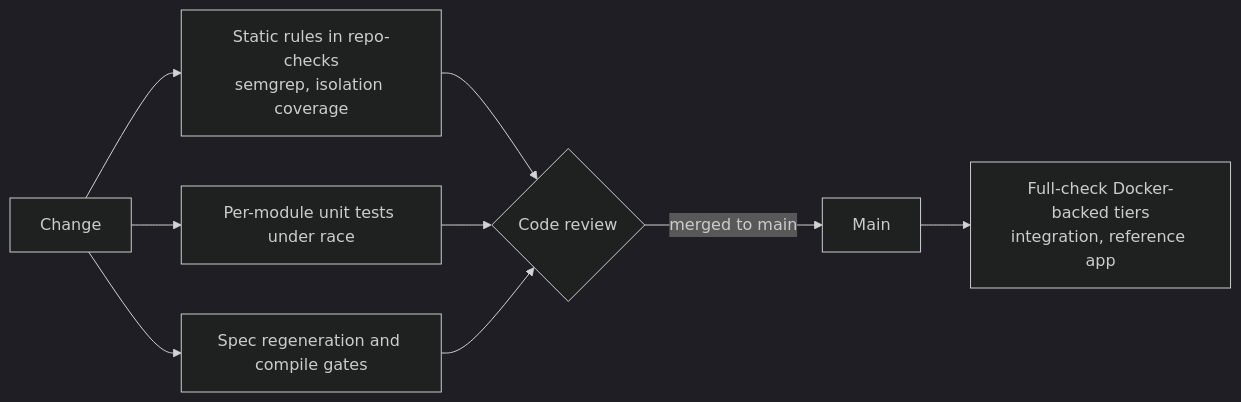
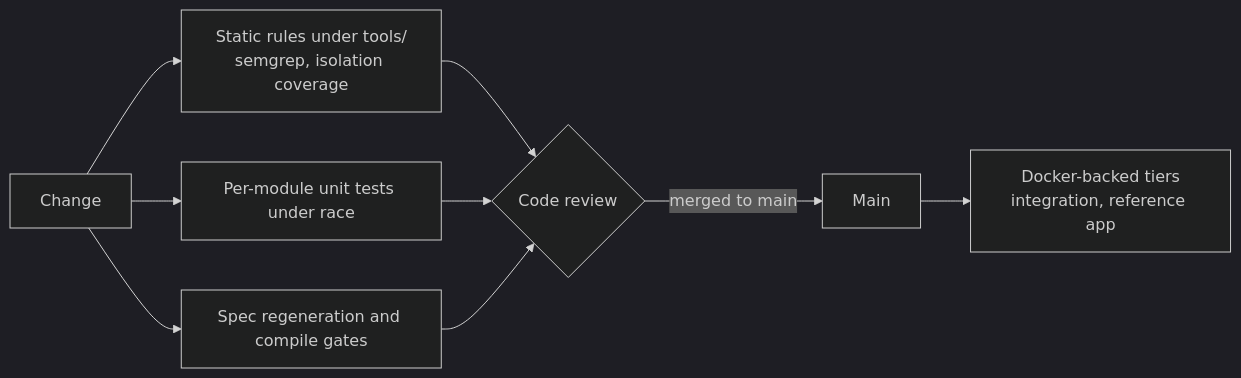
One commit to vislake/speed changed the diagram in docs/site/content.en/docs/developer-docs/design-principles.md. Above: the diagram before and after it, drawn with Mermaid (dark theme). The commit also changed other lines of this file and 23 other files, not shown here.

````diff
--- a/docs/site/content.en/docs/developer-docs/design-principles.md
+++ b/docs/site/content.en/docs/developer-docs/design-principles.md
@@ -18,11 +18,11 @@
 ```mermaid
 flowchart LR
-    C[Change] --> S[Static rules in repo-checks<br/>semgrep, isolation coverage]
+    C[Change] --> S[Static rules under tools/<br/>semgrep, isolation coverage]
     C --> U[Per-module unit tests under race]
     C --> A[Spec regeneration and compile gates]
     S --> R{Code review}
     U --> R
     A --> R
     R -->|merged to main| M[Main]
-    M --> F[Full-check Docker-backed tiers<br/>integration, reference app]
+    M --> F[Docker-backed tiers<br/>integration, reference app]
 ```
````
